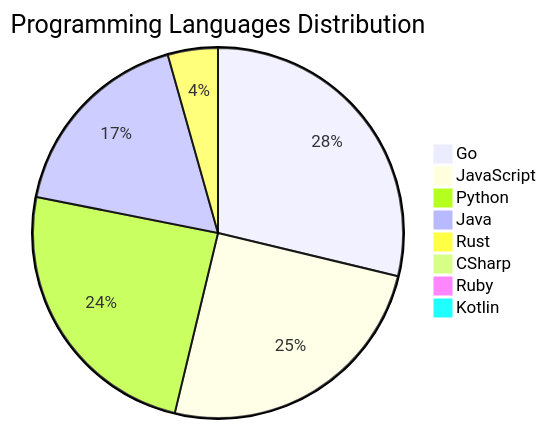
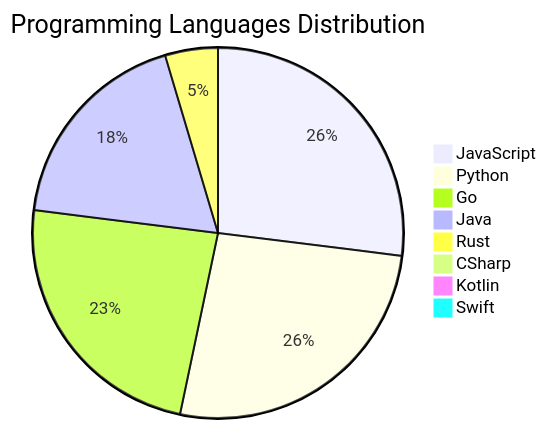
Before and after one commit to Derrick-MUGISHA/github-activity-bot: the diagram in README.md, drawn with Mermaid. The commit also changed other lines of this file and 4 other files, not shown here.

````diff
--- a/README.md
+++ b/README.md
@@ -209,11 +208,11 @@
 ```mermaid
 pie title Programming Languages Distribution
-    "Go" : 46
-    "JavaScript" : 40
-    "Python" : 39
+    "JavaScript" : 41
+    "Python" : 40
+    "Go" : 36
     "Java" : 28
     "Rust" : 7
     "CSharp" : 1
-    "Ruby" : 1
     "Kotlin" : 1
+    "Swift" : 1
 ```
````
